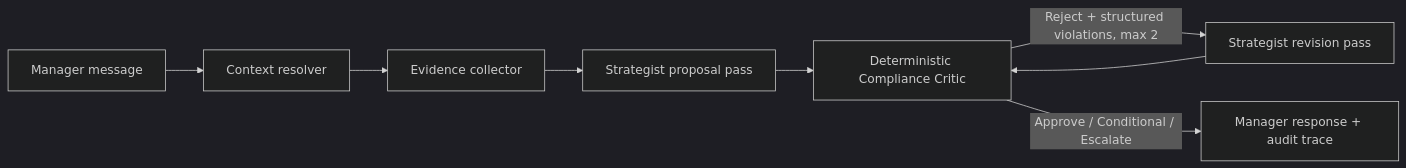
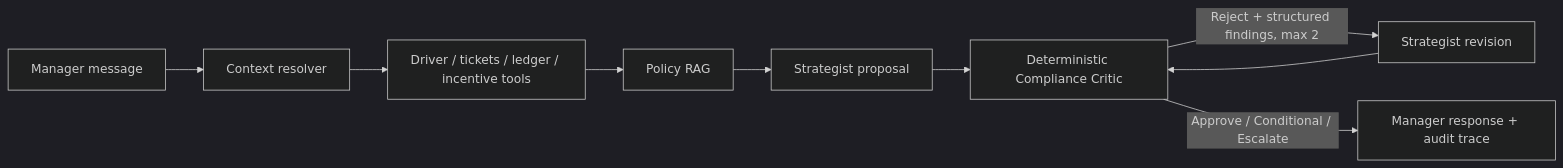
Before and after one commit to alexandrecaro1730-cpu/driver-retention-copilot: the diagram in README.md, drawn with Mermaid (dark theme). The commit also changed other lines of this file and 37 other files, not shown here.

````diff
--- a/README.md
+++ b/README.md
@@ -16,10 +58,11 @@
 ```mermaid
 flowchart LR
     U[Manager message] --> C[Context resolver]
-    C --> E[Evidence collector]
-    E --> S[Strategist proposal pass]
+    C --> T[Driver / tickets / ledger / incentive tools]
+    T --> R[Policy RAG]
+    R --> S[Strategist proposal]
     S --> V[Deterministic Compliance Critic]
-    V -->|Reject + structured violations, max 2| R[Strategist revision pass]
-    R --> V
+    V -->|Reject + structured findings, max 2| X[Strategist revision]
+    X --> V
     V -->|Approve / Conditional / Escalate| O[Manager response + audit trace]
 ```
````
